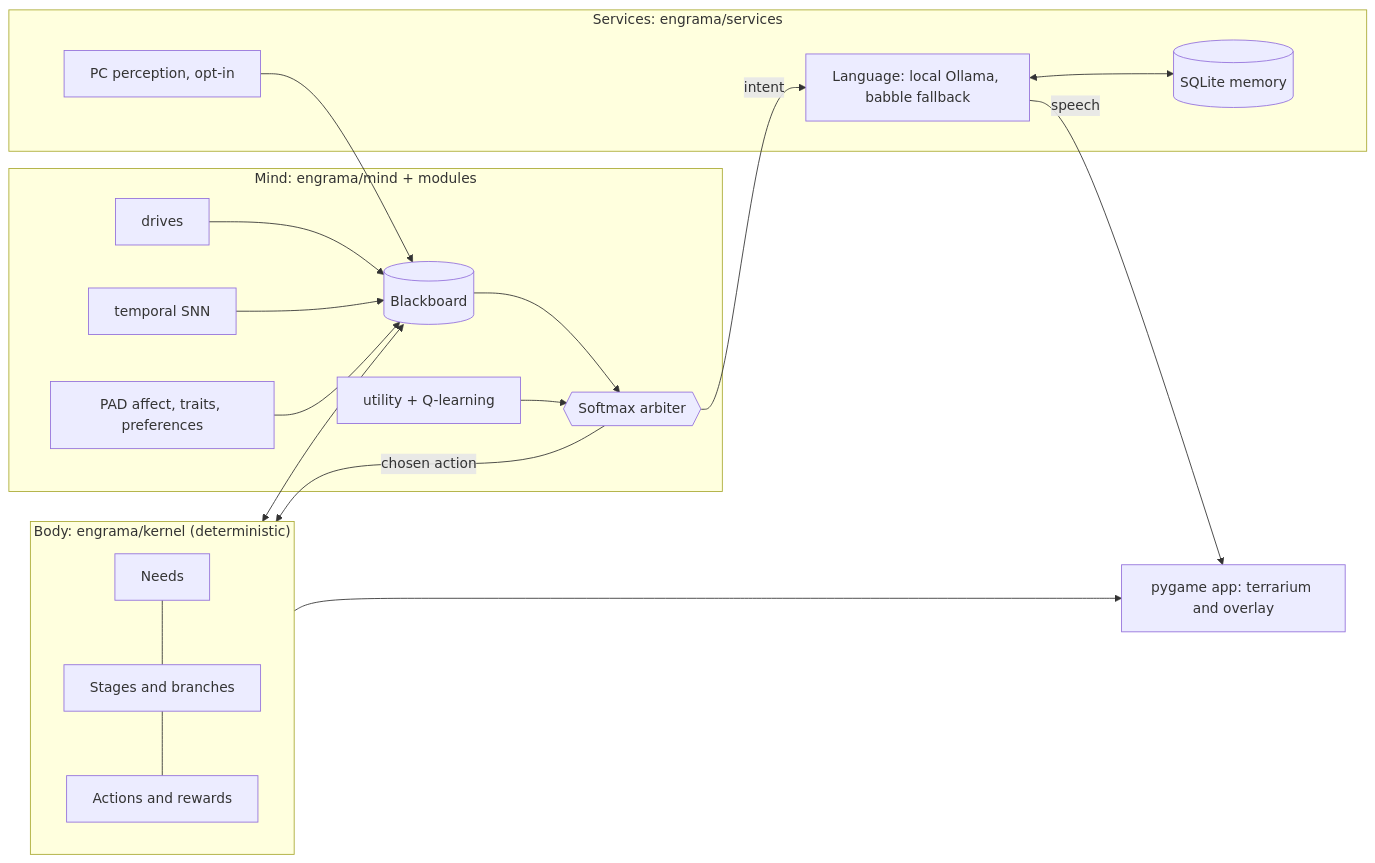
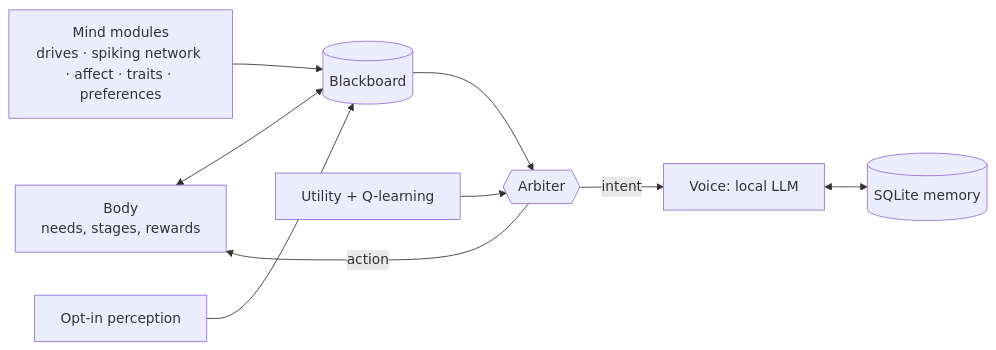
One commit to alexzjss/engrama changed the second of 2 diagrams in README.md. Above: the diagram before and after it, drawn with Mermaid. The commit also changed other lines of this file and 10 other files, not shown here.

````diff
--- a/README.md
+++ b/README.md
@@ -589,27 +314,11 @@
 ```mermaid
 flowchart LR
-    subgraph Body["Body: engrama/kernel (deterministic)"]
-        N[Needs] --- E[Stages and branches]
-        E --- A[Actions and rewards]
-    end
-    subgraph Mind["Mind: engrama/mind + modules"]
-        BB[(Blackboard)]
-        D[drives] --> BB
-        S[temporal SNN] --> BB
-        P[PAD affect, traits, preferences] --> BB
-        BB --> ARB{{Softmax arbiter}}
-        Q[utility + Q-learning] --> ARB
-    end
-    subgraph Svc["Services: engrama/services"]
-        L[Language: local Ollama, babble fallback]
-        M[(SQLite memory)]
-        PC[PC perception, opt-in]
-    end
-    Body <--> BB
-    ARB -- chosen action --> Body
-    ARB -- intent --> L
-    PC --> BB
-    L <--> M
-    L -- speech --> UI[pygame app: terrarium and overlay]
-    Body --> UI
+    K["Body<br/>needs, stages, rewards"] <--> BB[("Blackboard")]
+    M["Mind modules<br/>drives · spiking network · affect · traits · preferences"] --> BB
+    BB --> A{{"Arbiter"}}
+    Q["Utility + Q-learning"] --> A
+    A -- action --> K
+    A -- intent --> L["Voice: local LLM"]
+    L <--> MEM[("SQLite memory")]
+    P["Opt-in perception"] --> BB
 ```
````
